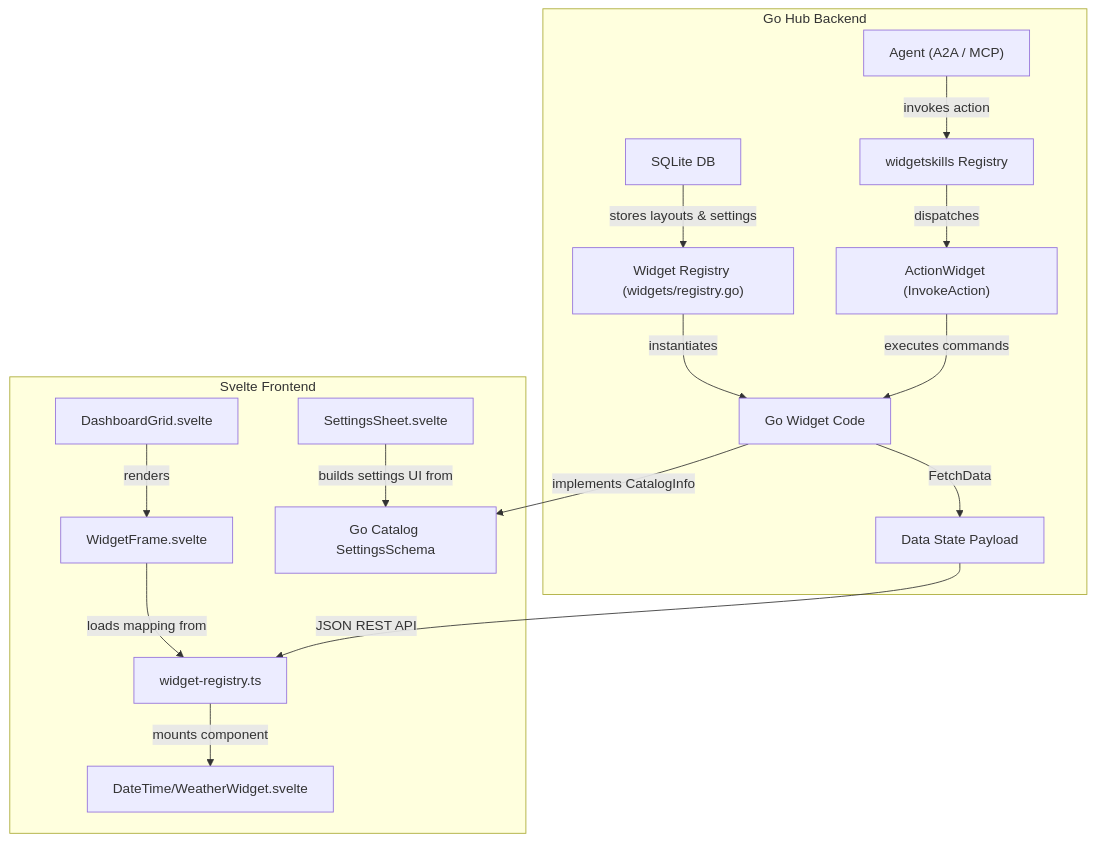
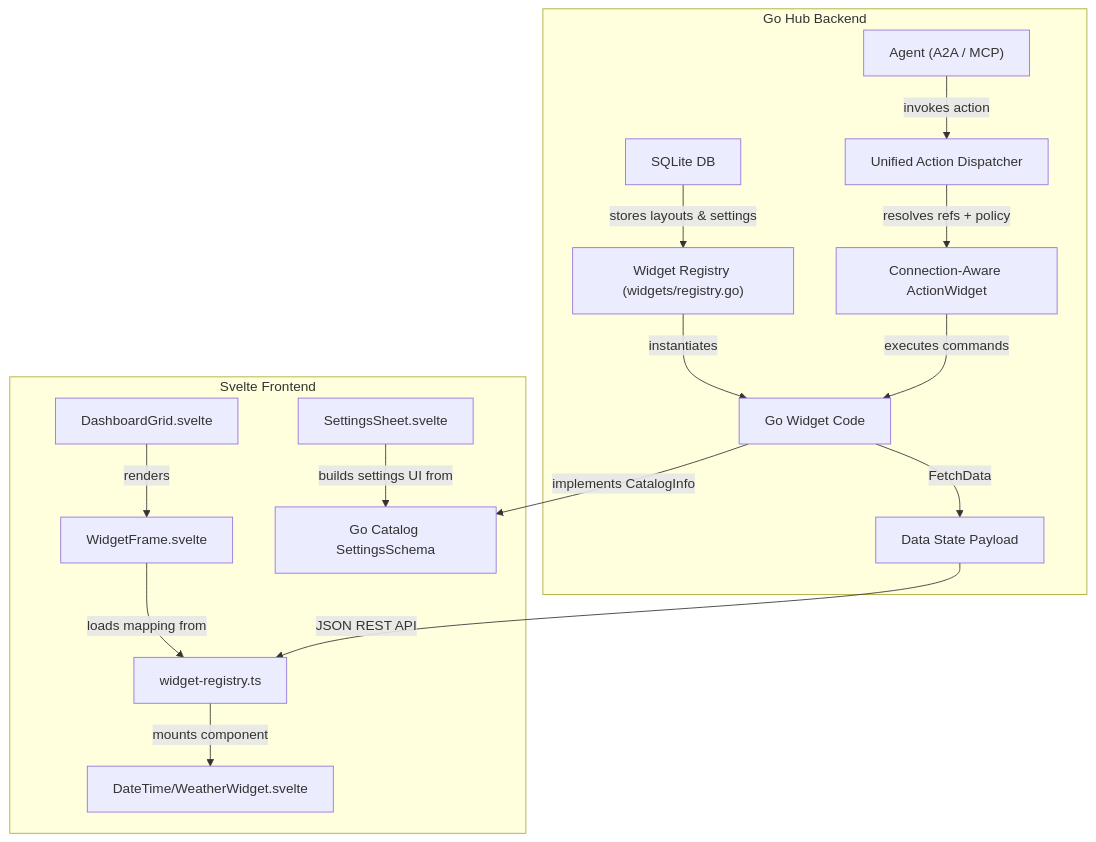
Before and after one commit to juteai/jute-dash: the diagram in docs/developer/widget-guidelines.md, drawn with Mermaid. The commit also changed other lines of this file and 56 other files, not shown here.

````diff
--- a/docs/developer/widget-guidelines.md
+++ b/docs/developer/widget-guidelines.md
@@ -160,20 +174,20 @@
 ```mermaid
 flowchart TD
     subgraph Svelte Frontend
         A[DashboardGrid.svelte] -->|renders| B[WidgetFrame.svelte]
         B -->|loads mapping from| C[widget-registry.ts]
         C -->|mounts component| D["DateTime/WeatherWidget.svelte"]
         E[SettingsSheet.svelte] -->|builds settings UI from| F["Go Catalog SettingsSchema"]
     end
 
     subgraph Go Hub Backend
         G[SQLite DB] -->|stores layouts & settings| H["Widget Registry (widgets/registry.go)"]
         H -->|instantiates| I["Go Widget Code"]
         I -->|implements CatalogInfo| F
         I -->|FetchData| J["Data State Payload"]
         J -->|JSON REST API| C
-        K["Agent (A2A / MCP)"] -->|invokes action| L["widgetskills Registry"]
-        L -->|dispatches| M["ActionWidget (InvokeAction)"]
+        K["Agent (A2A / MCP)"] -->|invokes action| L["Unified Action Dispatcher"]
+        L -->|resolves refs + policy| M["Connection-Aware ActionWidget"]
         M -->|executes commands| I
     end
 ```
````
